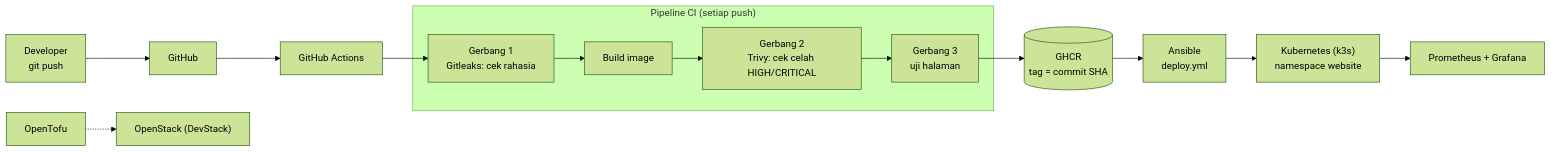
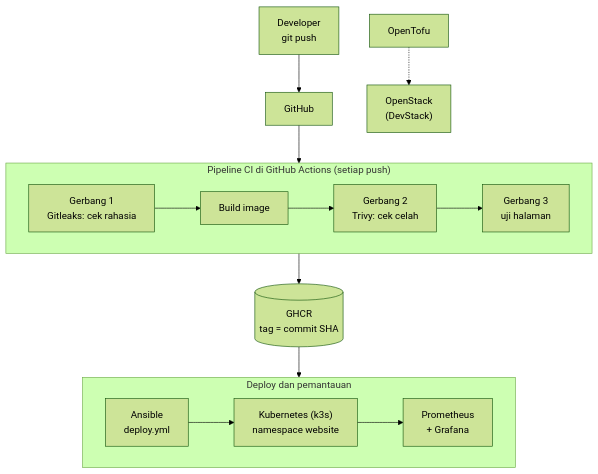
Before and after one commit to Bram-02/devops-website-bram: the diagram in README.md, drawn with Mermaid (forest theme). The commit also changed other lines of this file, not shown here.

Commit message:
Diagram arsitektur dibuat tegak agar mudah dibaca

````diff
--- a/README.md
+++ b/README.md
@@ -15,19 +15,23 @@
 ```mermaid
-flowchart LR
+flowchart TB
     dev["Developer<br/>git push"] --> gh["GitHub"]
-    gh --> ci["GitHub Actions"]
+    gh --> CI
 
-    subgraph CI["Pipeline CI (setiap push)"]
+    subgraph CI["Pipeline CI di GitHub Actions (setiap push)"]
+        direction LR
         g1["Gerbang 1<br/>Gitleaks: cek rahasia"] --> b["Build image"]
-        b --> g2["Gerbang 2<br/>Trivy: cek celah HIGH/CRITICAL"]
+        b --> g2["Gerbang 2<br/>Trivy: cek celah"]
         g2 --> g3["Gerbang 3<br/>uji halaman"]
     end
 
-    ci --> g1
-    g3 --> reg[("GHCR<br/>tag = commit SHA")]
-    reg --> ans["Ansible<br/>deploy.yml"]
-    ans --> k3s["Kubernetes (k3s)<br/>namespace website"]
-    k3s --> mon["Prometheus + Grafana"]
+    CI --> reg[("GHCR<br/>tag = commit SHA")]
 
-    tofu["OpenTofu"] -.-> os["OpenStack (DevStack)"]
+    subgraph CD["Deploy dan pemantauan"]
+        direction LR
+        ans["Ansible<br/>deploy.yml"] --> k3s["Kubernetes (k3s)<br/>namespace website"]
+        k3s --> mon["Prometheus<br/>+ Grafana"]
+    end
+
+    reg --> ans
+    tofu["OpenTofu"] -.-> os["OpenStack<br/>(DevStack)"]
 ```
````
